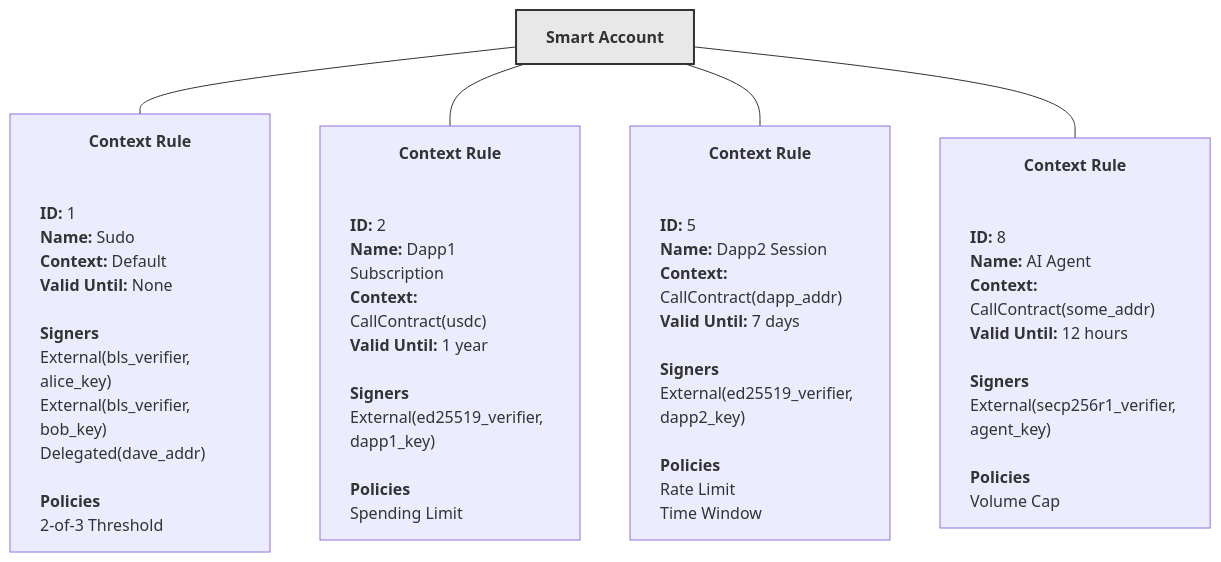
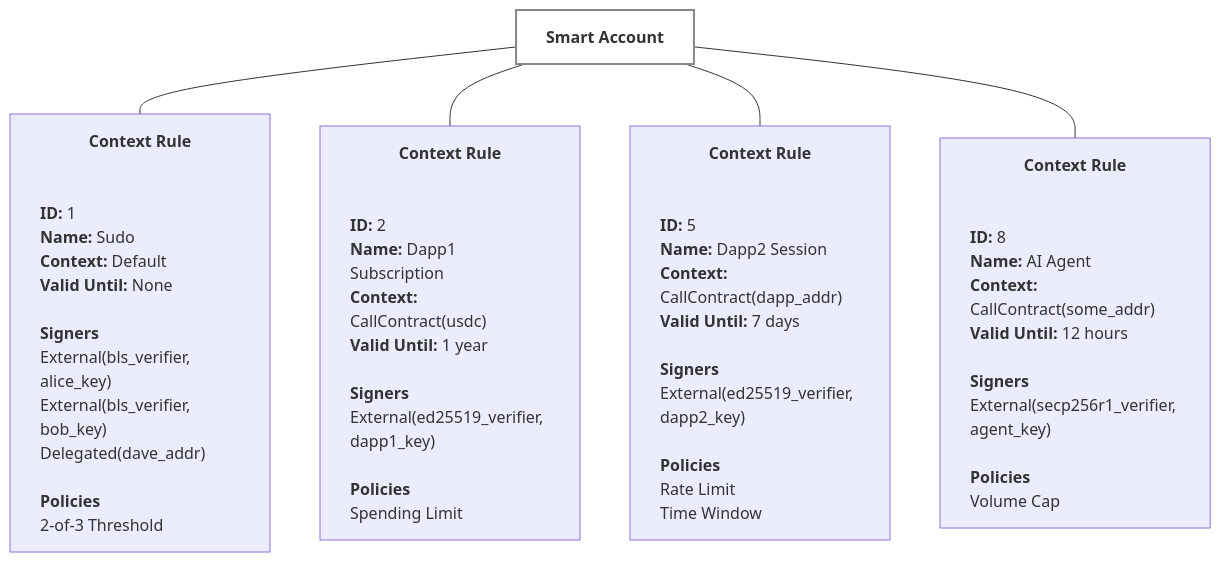
The diagram in content/stellar-contracts/accounts/context-rules.mdx (OpenZeppelin/docs), drawn with Mermaid before and after one commit. The commit also changed 2 other files, not shown here.

Commit message:
mermaid colors and content

````diff
--- a/content/stellar-contracts/accounts/context-rules.mdx
+++ b/content/stellar-contracts/accounts/context-rules.mdx
@@ -75,19 +75,19 @@
 ```mermaid
 graph TD
     SA["<b>Smart Account</b>"]
     
     CR1["<b>Context Rule</b><div style='text-align: left'><br/><br/><b>ID:</b> 1<br/><b>Name:</b> Sudo<br/><b>Context:</b> Default<br/><b>Valid Until:</b> None<br/><br/><b>Signers</b><br/>External(bls_verifier, alice_key)<br/>External(bls_verifier, bob_key)<br/>Delegated(dave_addr)<br/><br/><b>Policies</b><br/>2-of-3 Threshold</div>"]
     
     CR2["<b>Context Rule</b><div style='text-align: left'><br/><br/><b>ID:</b> 2<br/><b>Name:</b> Dapp1 Subscription<br/><b>Context:</b> CallContract(usdc)<br/><b>Valid Until:</b> 1 year<br/><br/><b>Signers</b><br/>External(ed25519_verifier, dapp1_key)<br/><br/><b>Policies</b><br/>Spending Limit</div>"]
     
     CR3["<b>Context Rule</b><div style='text-align: left'><br/><br/><b>ID:</b> 5<br/><b>Name:</b> Dapp2 Session<br/><b>Context:</b> CallContract(dapp_addr)<br/><b>Valid Until:</b> 7 days<br/><br/><b>Signers</b><br/>External(ed25519_verifier, dapp2_key)<br/><br/><b>Policies</b><br/>Rate Limit<br/>Time Window</div>"]
     
     CR4["<b>Context Rule</b><div style='text-align: left'><br/><br/><b>ID:</b> 8<br/><b>Name:</b> AI Agent<br/><b>Context:</b> CallContract(some_addr)<br/><b>Valid Until:</b> 12 hours<br/><br/><b>Signers</b><br/>External(secp256r1_verifier, agent_key)<br/><br/><b>Policies</b><br/>Volume Cap</div>"]
     
     SA --- CR1
     SA --- CR2
     SA --- CR3
     SA --- CR4
 
-    style SA fill:#E8E8E8,stroke:#333,stroke-width:2px
+    style SA fill:transparent,stroke:#888,stroke-width:2px
 ```
````
